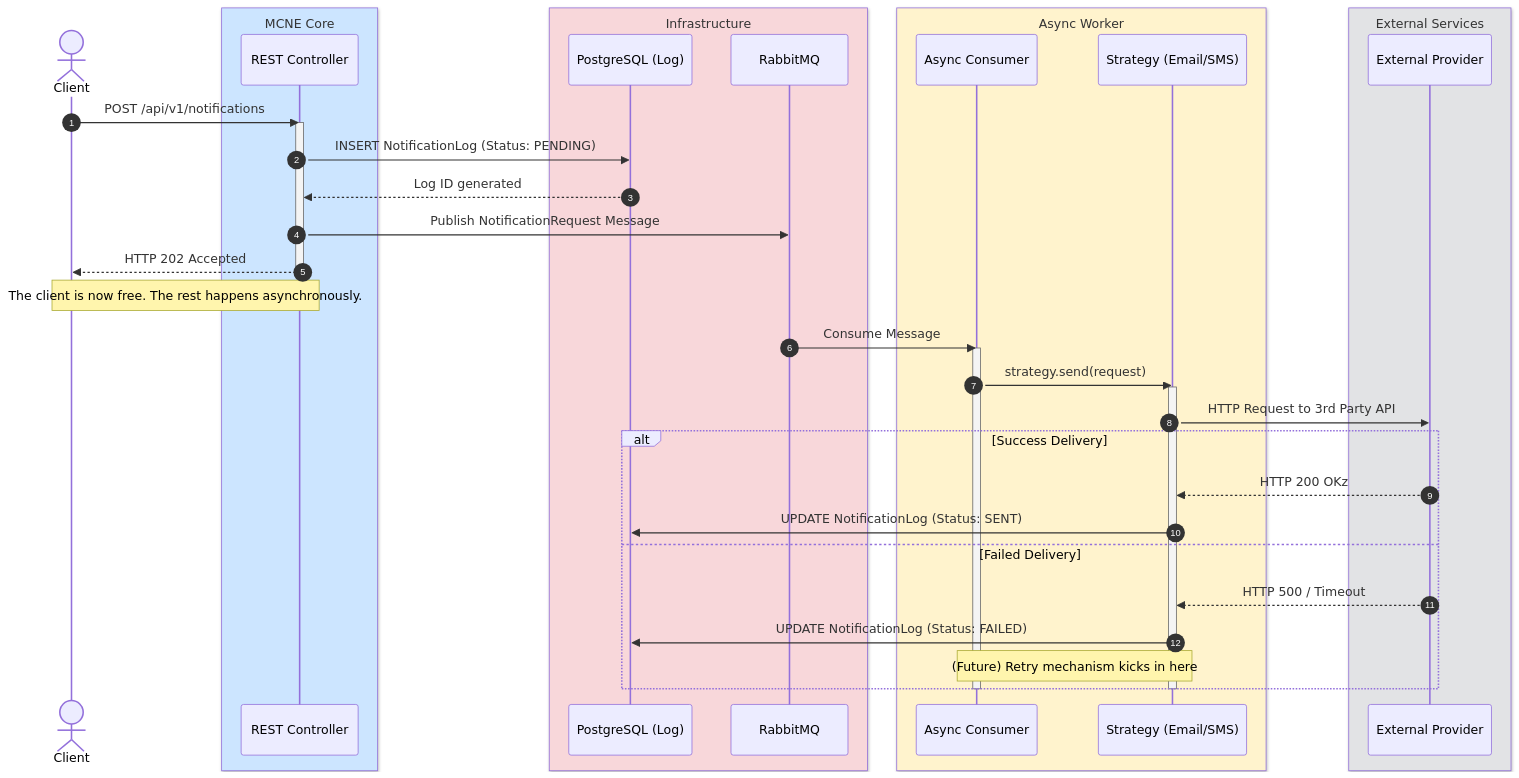
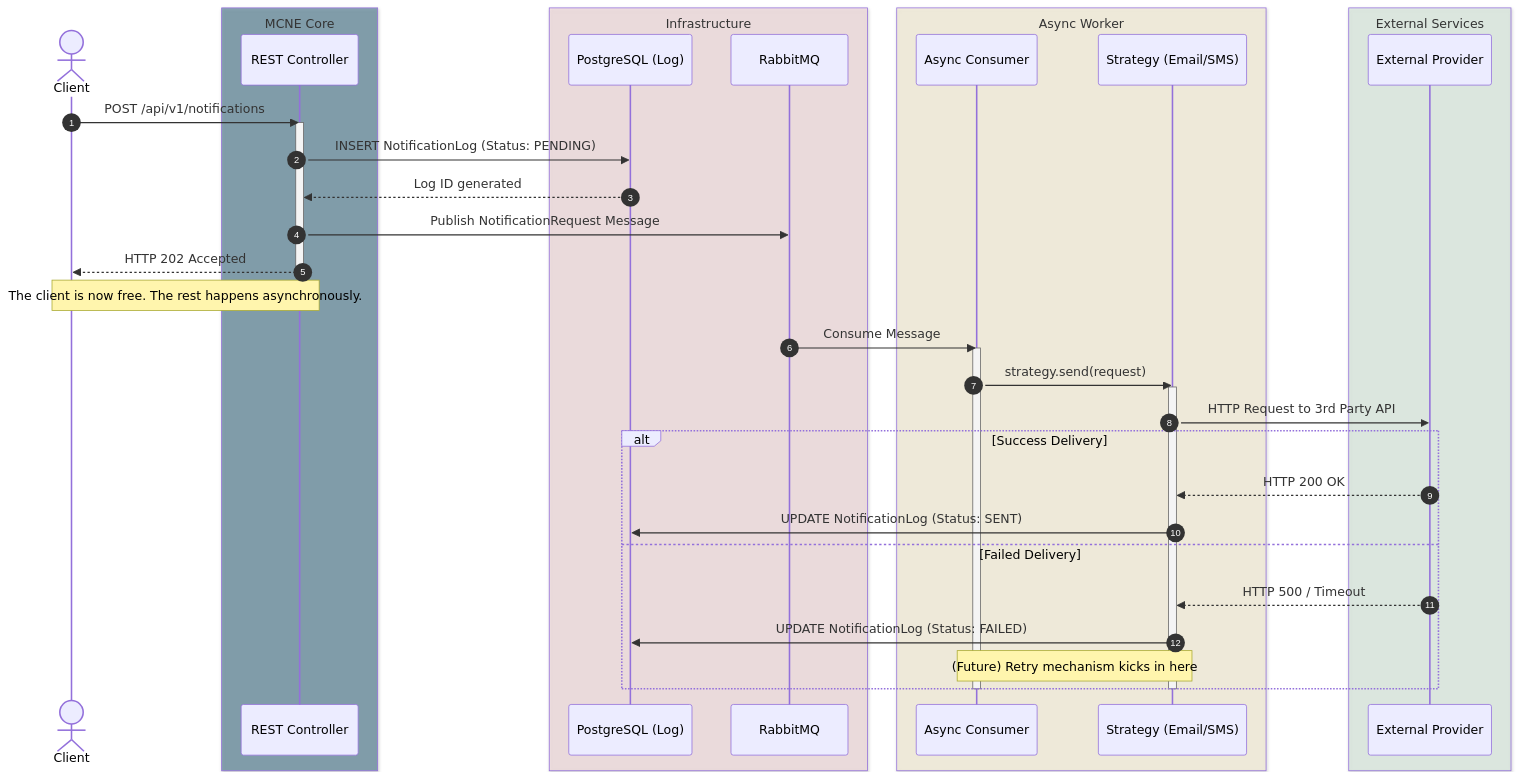
The second of 3 diagrams in ARCHITECTURE.md (pmfml/multi-channel-notification-engine), drawn with Mermaid before and after one commit. The commit also changed other lines of this file, not shown here.

Commit message:
docs: change diagrams colors

````diff
--- a/ARCHITECTURE.md
+++ b/ARCHITECTURE.md
@@ -52,48 +53,48 @@
 ```mermaid
 sequenceDiagram
     autonumber
     actor Client
 
-    box rgb(204, 229, 255) MCNE Core
+    box rgba(85, 128, 148, 0.65) MCNE Core
         participant API as REST Controller
     end
-    box rgb(248, 215, 218) Infrastructure
+    box rgba(248, 215, 218, 0.51) Infrastructure
         participant DB as PostgreSQL (Log)
         participant MQ as RabbitMQ
     end
-    box rgb(255, 243, 205) Async Worker
+    box rgba(255, 243, 205, 0.42) Async Worker
         participant Worker as Async Consumer
         participant Strategy as Strategy (Email/SMS)
     end
-    box rgb(226, 227, 229) External Services
+    box rgba(212, 237, 218, 0.43) External Services
         participant External as External Provider
     end
 
     Client->>API: POST /api/v1/notifications
     activate API
     API->>DB: INSERT NotificationLog (Status: PENDING)
     DB-->>API: Log ID generated
     API->>MQ: Publish NotificationRequest Message
     API-->>Client: HTTP 202 Accepted
     deactivate API
 
     Note over Client,API: The client is now free. The rest happens asynchronously.
 
     MQ->>Worker: Consume Message
     activate Worker
     Worker->>Strategy: strategy.send(request)
     activate Strategy
     Strategy->>External: HTTP Request to 3rd Party API
 
     alt Success Delivery
-        External-->>Strategy: HTTP 200 OKz
+        External-->>Strategy: HTTP 200 OK
         Strategy->>DB: UPDATE NotificationLog (Status: SENT)
     else Failed Delivery
         External-->>Strategy: HTTP 500 / Timeout
         Strategy->>DB: UPDATE NotificationLog (Status: FAILED)
         Note over Strategy,Worker: (Future) Retry mechanism kicks in here
     end
 
     deactivate Strategy
     deactivate Worker
 ```
````
